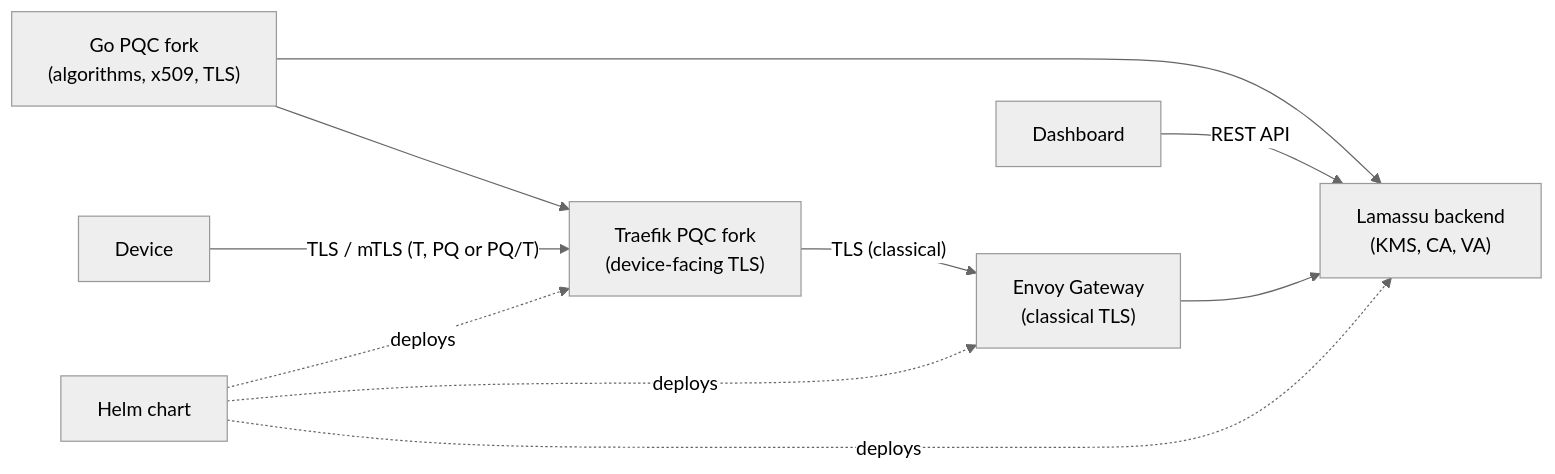
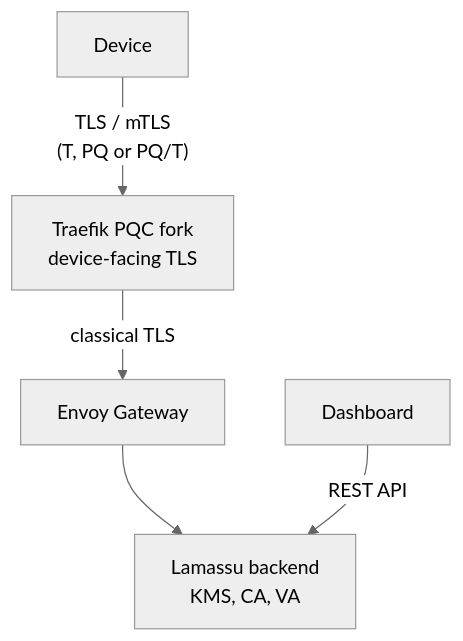
One commit to lamassuiot/docs changed the diagram in content/docs/platform/pqc/overview.mdx. Above: the diagram before and after it, drawn with Mermaid (neutral theme). The commit also changed 3 other files, not shown here.

Commit message:
docs: update deployment and overview documentation to improve clarity and diagram formatting

````diff
--- a/content/docs/platform/pqc/overview.mdx
+++ b/content/docs/platform/pqc/overview.mdx
@@ -30,19 +30,7 @@
 ```mermaid
-flowchart LR
-    GO["Go PQC fork<br/>(algorithms, x509, TLS)"]
-    BE["Lamassu backend<br/>(KMS, CA, VA)"]
-    UI["Dashboard"]
-    TR["Traefik PQC fork<br/>(device-facing TLS)"]
-    HC["Helm chart"]
-    DEV["Device"]
-    ENV["Envoy Gateway<br/>(classical TLS)"]
-    GO --> BE
-    GO --> TR
-    UI -->|REST API| BE
-    DEV -->|"TLS / mTLS (T, PQ or PQ/T)"| TR
-    TR -->|"TLS (classical)"| ENV
-    ENV --> BE
-    HC -. deploys .-> BE
-    HC -. deploys .-> TR
-    HC -. deploys .-> ENV
+flowchart TB
+    DEV["Device"] -->|"TLS / mTLS<br/>(T, PQ or PQ/T)"| TR["Traefik PQC fork<br/>device-facing TLS"]
+    TR -->|"classical TLS"| ENV["Envoy Gateway"]
+    ENV --> BE["Lamassu backend<br/>KMS, CA, VA"]
+    UI["Dashboard"] -->|"REST API"| BE
 ```
````
